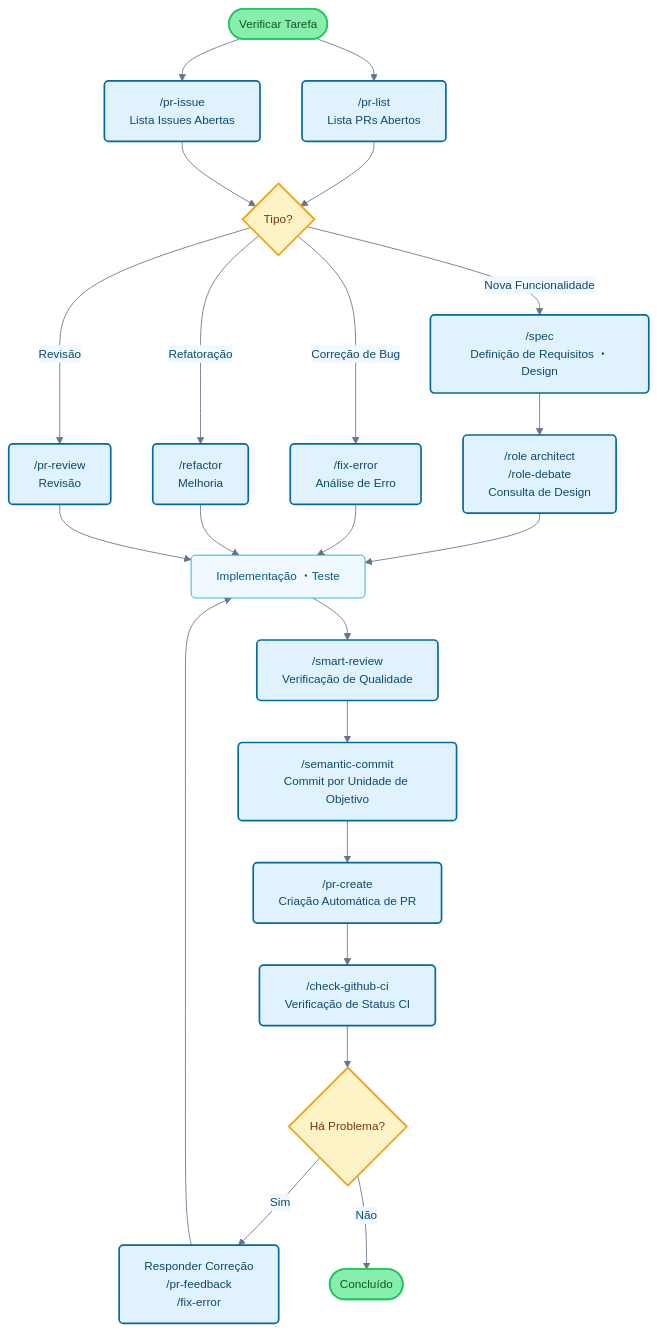
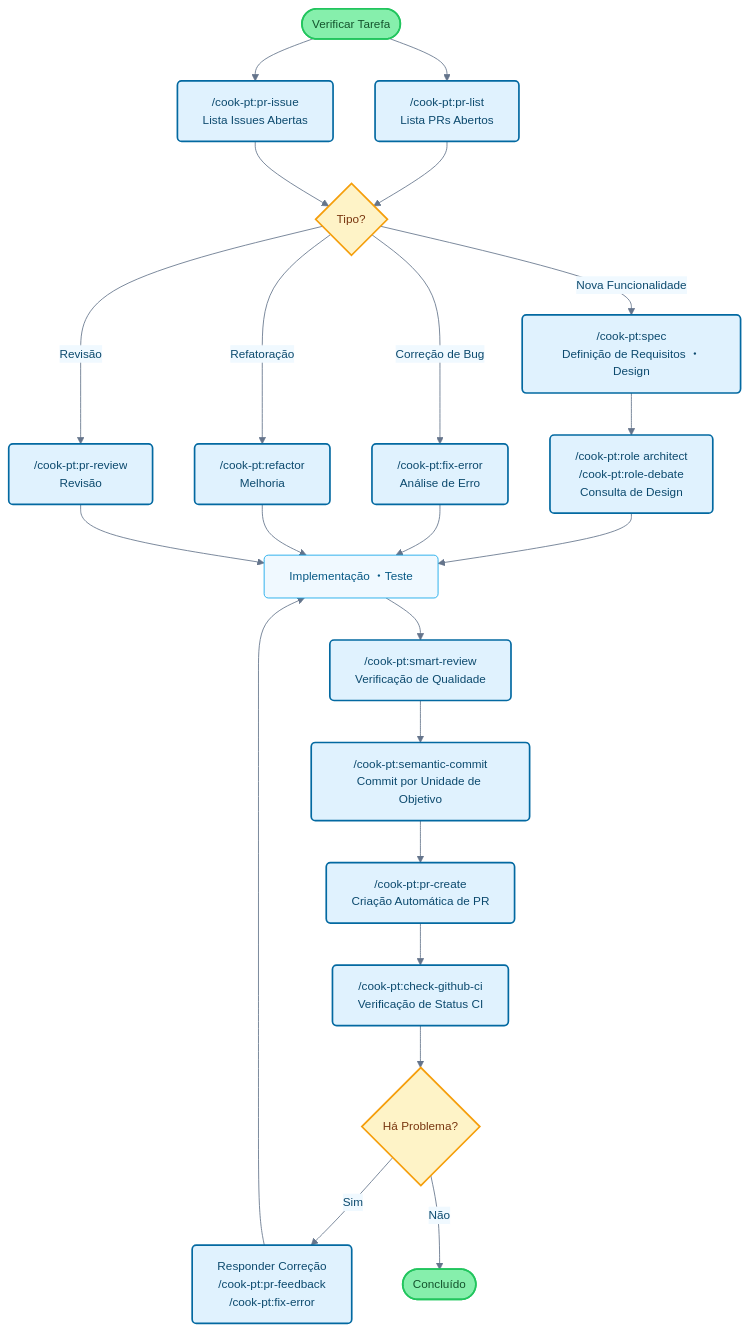
One commit to wasabeef/claude-code-cookbook changed the diagram in plugins/pt/README.md. Above: the diagram before and after it, drawn with Mermaid. The commit also changed 8 other files, not shown here.

Commit message:
docs: add plugin namespace prefix to Mermaid flowchart commands

````diff
--- a/plugins/pt/README.md
+++ b/plugins/pt/README.md
@@ -115,42 +115,42 @@
 ```mermaid
 flowchart TB
-    Start([Verificar Tarefa]) --> PRList["/pr-list<br/>Lista PRs Abertos"]
-    Start --> PRIssue["/pr-issue<br/>Lista Issues Abertas"]
+    Start([Verificar Tarefa]) --> PRList["/cook-pt:pr-list<br/>Lista PRs Abertos"]
+    Start --> PRIssue["/cook-pt:pr-issue<br/>Lista Issues Abertas"]
 
     PRList --> TaskType{Tipo?}
     PRIssue --> TaskType
 
-    TaskType -->|Nova Funcionalidade| Plan["/spec<br/>Definição de Requisitos ・Design"]
-    TaskType -->|Correção de Bug| Fix["/fix-error<br/>Análise de Erro"]
-    TaskType -->|Refatoração| Refactor["/refactor<br/>Melhoria"]
-    TaskType -->|Revisão| Review["/pr-review<br/>Revisão"]
+    TaskType -->|Nova Funcionalidade| Plan["/cook-pt:spec<br/>Definição de Requisitos ・Design"]
+    TaskType -->|Correção de Bug| Fix["/cook-pt:fix-error<br/>Análise de Erro"]
+    TaskType -->|Refatoração| Refactor["/cook-pt:refactor<br/>Melhoria"]
+    TaskType -->|Revisão| Review["/cook-pt:pr-review<br/>Revisão"]
 
-    Plan --> Design["/role architect<br/>/role-debate<br/>Consulta de Design"]
+    Plan --> Design["/cook-pt:role architect<br/>/cook-pt:role-debate<br/>Consulta de Design"]
     Design --> Implementation[Implementação ・Teste]
     Fix --> Implementation
     Refactor --> Implementation
     Review --> Implementation
 
-    Implementation --> Check["/smart-review<br/>Verificação de Qualidade"]
-    Check --> Commit["/semantic-commit<br/>Commit por Unidade de Objetivo"]
-    Commit --> PR["/pr-create<br/>Criação Automática de PR"]
-    PR --> CI["/check-github-ci<br/>Verificação de Status CI"]
+    Implementation --> Check["/cook-pt:smart-review<br/>Verificação de Qualidade"]
+    Check --> Commit["/cook-pt:semantic-commit<br/>Commit por Unidade de Objetivo"]
+    Commit --> PR["/cook-pt:pr-create<br/>Criação Automática de PR"]
+    PR --> CI["/cook-pt:check-github-ci<br/>Verificação de Status CI"]
 
     CI --> Status{Há Problema?}
-    Status -->|Sim| Feedback["Responder Correção<br/>/pr-feedback<br/>/fix-error"]
+    Status -->|Sim| Feedback["Responder Correção<br/>/cook-pt:pr-feedback<br/>/cook-pt:fix-error"]
     Status -->|Não| End([Concluído])
 
     Feedback --> Implementation
 
     classDef commandBox fill:#e0f2fe,stroke:#0369a1,stroke-width:2px,rx:5,ry:5,color:#0c4a6e
     classDef processBox fill:#f0f9ff,stroke:#0ea5e9,stroke-width:1px,rx:5,ry:5,color:#075985
     classDef decisionBox fill:#fef3c7,stroke:#f59e0b,stroke-width:2px,rx:5,ry:5,color:#78350f
     classDef startEnd fill:#86efac,stroke:#22c55e,stroke-width:2px,rx:20,ry:20,color:#14532d
 
     class PRList,PRIssue,Plan,Fix,Refactor,Review,Design,Check,CI,Commit,PR,Feedback commandBox
     class Implementation processBox
     class TaskType,Status decisionBox
     class Start,End startEnd
 
     %%{init: {'theme':'base', 'themeVariables': { 'primaryColor':'#e0f2fe', 'primaryTextColor':'#0c4a6e', 'primaryBorderColor':'#0369a1', 'lineColor':'#64748b', 'secondaryColor':'#f0f9ff', 'background':'#ffffff', 'mainBkg':'#ffffff', 'fontSize': '14px'}}}%%
 ```
````
